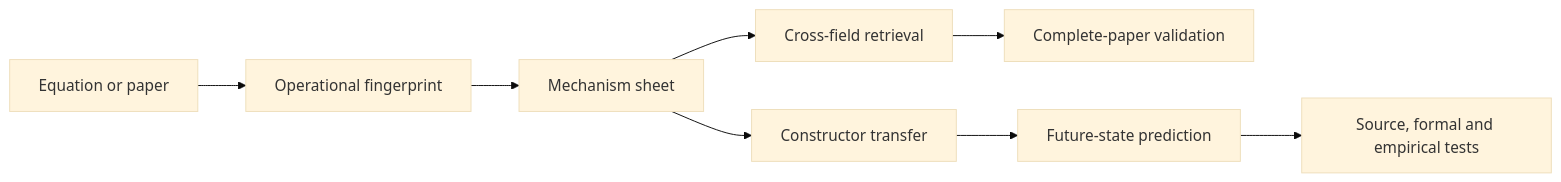
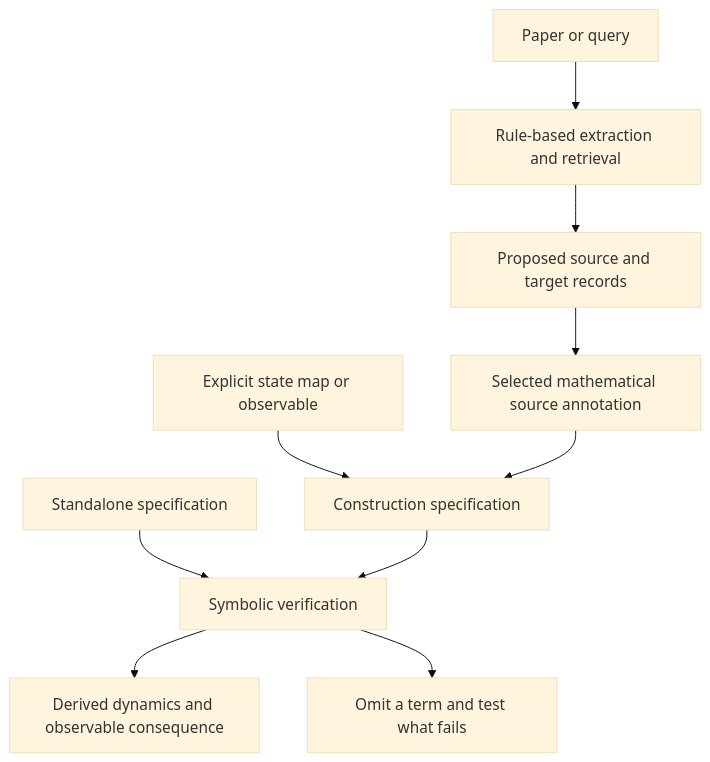
The diagram in docs/tutorial/index.md (synthetix-institute/fieldbridge), drawn with Mermaid (base theme) before and after one commit. The commit also changed other lines of this file and 40 other files, not shown here.

````diff
--- a/docs/tutorial/index.md
+++ b/docs/tutorial/index.md
@@ -13,10 +47,12 @@
 ```mermaid
-flowchart LR
-    A["Equation or paper"] --> B["Operational fingerprint"]
-    B --> C["Mechanism sheet"]
-    C --> D["Cross-field retrieval"]
-    C --> E["Constructor transfer"]
-    D --> F["Complete-paper validation"]
-    E --> G["Future-state prediction"]
-    G --> H["Source, formal and empirical tests"]
+flowchart TD
+    A["Paper or query"] --> B["Rule-based extraction and retrieval"]
+    B --> C["Proposed source and target records"]
+    C --> D["Selected mathematical source annotation"]
+    M["Explicit state map or observable"] --> E["Construction specification"]
+    D --> E
+    S["Standalone specification"] --> V["Symbolic verification"]
+    E --> V
+    V --> R["Derived dynamics and observable consequence"]
+    V --> N["Omit a term and test what fails"]
 ```
````
